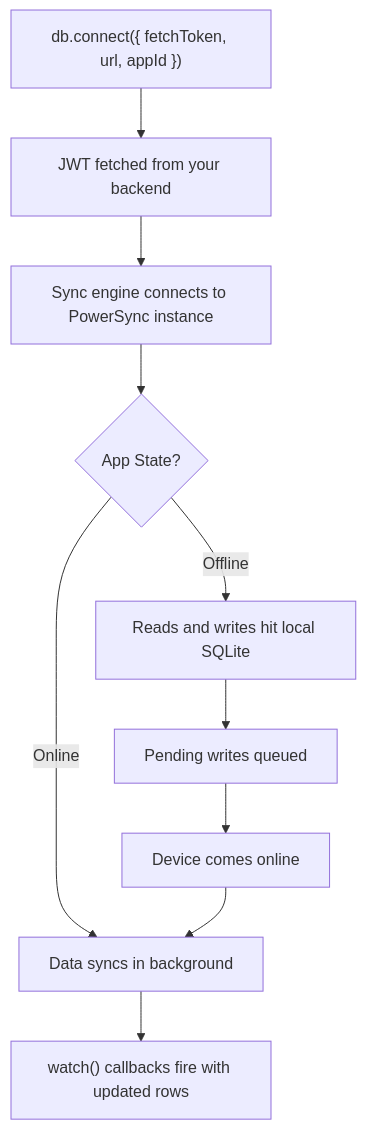
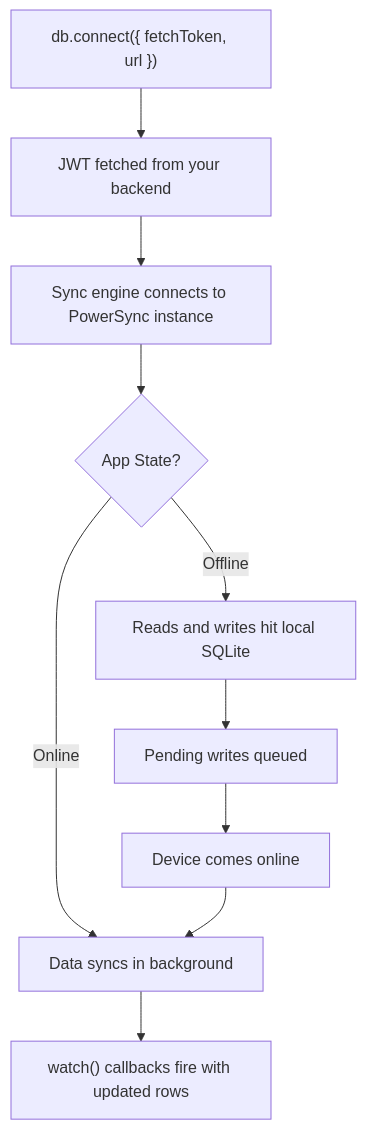
Before and after one commit to despia-native/docs: the diagram in local-database/reference.mdx, drawn with Mermaid. The commit also changed other lines of this file and 2 other files, not shown here.

First line of the commit message:
Refactor Local Ecosystem docs and remove appId

````diff
--- a/local-database/reference.mdx
+++ b/local-database/reference.mdx
@@ -318,12 +314,12 @@
 ```mermaid
 flowchart TD
-    A["db.connect({ fetchToken, url, appId })"] --> B["JWT fetched from your backend"]
+    A["db.connect({ fetchToken, url })"] --> B["JWT fetched from your backend"]
     B --> C["Sync engine connects to PowerSync instance"]
     C --> D{"App State?"}
     D -->|"Online"| E["Data syncs in background"]
     D -->|"Offline"| F["Reads and writes hit local SQLite"]
     F --> G["Pending writes queued"]
     G --> H["Device comes online"]
     H --> E
     E --> I["watch() callbacks fire with updated rows"]
 ```
````
